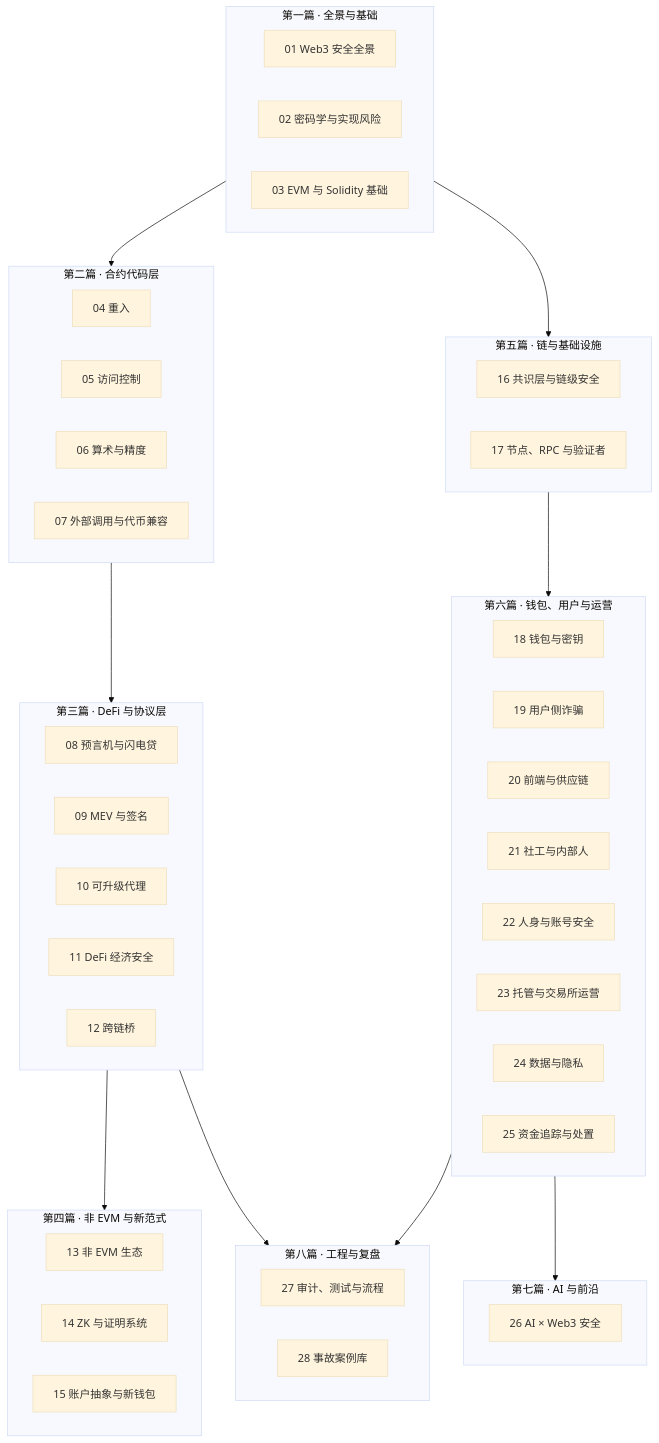
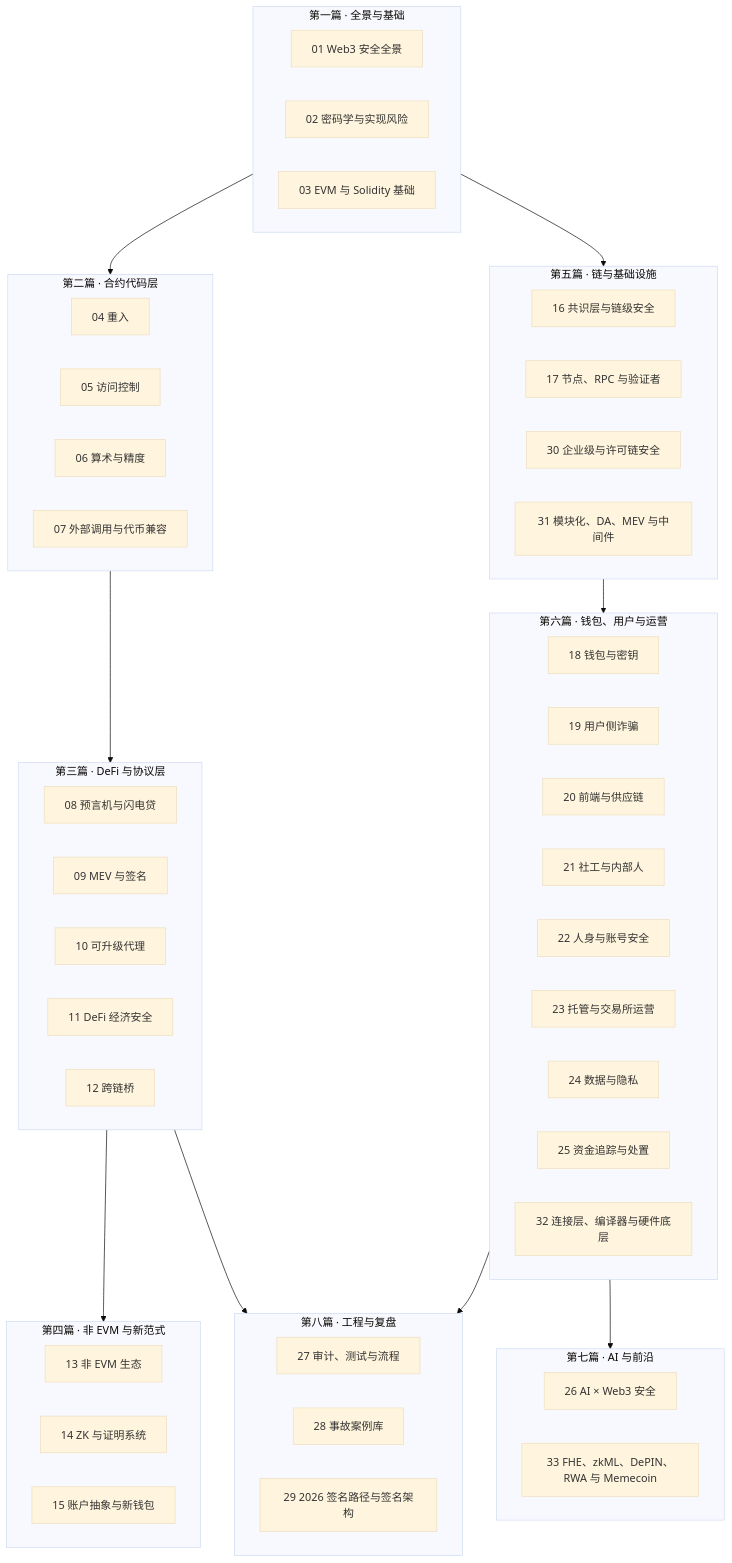
Before and after one commit to ocean-8848/web3-security-101: the diagram in Web3-Security/README.md, drawn with Mermaid (base theme). The commit also changed other lines of this file and 691 other files, not shown here.

````diff
--- a/Web3-Security/README.md
+++ b/Web3-Security/README.md
@@ -25,51 +25,56 @@
 ```mermaid
 flowchart TD
     subgraph P1["第一篇 · 全景与基础"]
         S01["01 Web3 安全全景"]
         S02["02 密码学与实现风险"]
         S03["03 EVM 与 Solidity 基础"]
     end
     subgraph P2["第二篇 · 合约代码层"]
         S04["04 重入"]
         S05["05 访问控制"]
         S06["06 算术与精度"]
         S07["07 外部调用与代币兼容"]
     end
     subgraph P3["第三篇 · DeFi 与协议层"]
         S08["08 预言机与闪电贷"]
         S09["09 MEV 与签名"]
         S10["10 可升级代理"]
         S11["11 DeFi 经济安全"]
         S12["12 跨链桥"]
     end
     subgraph P4["第四篇 · 非 EVM 与新范式"]
         S13["13 非 EVM 生态"]
         S14["14 ZK 与证明系统"]
         S15["15 账户抽象与新钱包"]
     end
     subgraph P5["第五篇 · 链与基础设施"]
         S16["16 共识层与链级安全"]
         S17["17 节点、RPC 与验证者"]
+        S30["30 企业级与许可链安全"]
+        S31["31 模块化、DA、MEV 与中间件"]
     end
     subgraph P6["第六篇 · 钱包、用户与运营"]
         S18["18 钱包与密钥"]
         S19["19 用户侧诈骗"]
         S20["20 前端与供应链"]
         S21["21 社工与内部人"]
         S22["22 人身与账号安全"]
         S23["23 托管与交易所运营"]
         S24["24 数据与隐私"]
         S25["25 资金追踪与处置"]
+        S32["32 连接层、编译器与硬件底层"]
     end
     subgraph P7["第七篇 · AI 与前沿"]
         S26["26 AI × Web3 安全"]
+        S33["33 FHE、zkML、DePIN、RWA 与 Memecoin"]
     end
     subgraph P8["第八篇 · 工程与复盘"]
         S27["27 审计、测试与流程"]
         S28["28 事故案例库"]
+        S29["29 2026 签名路径与签名架构"]
     end
     P1 --> P2 --> P3 --> P4
     P1 --> P5 --> P6 --> P7
     P3 --> P8
     P6 --> P8
 ```
````
